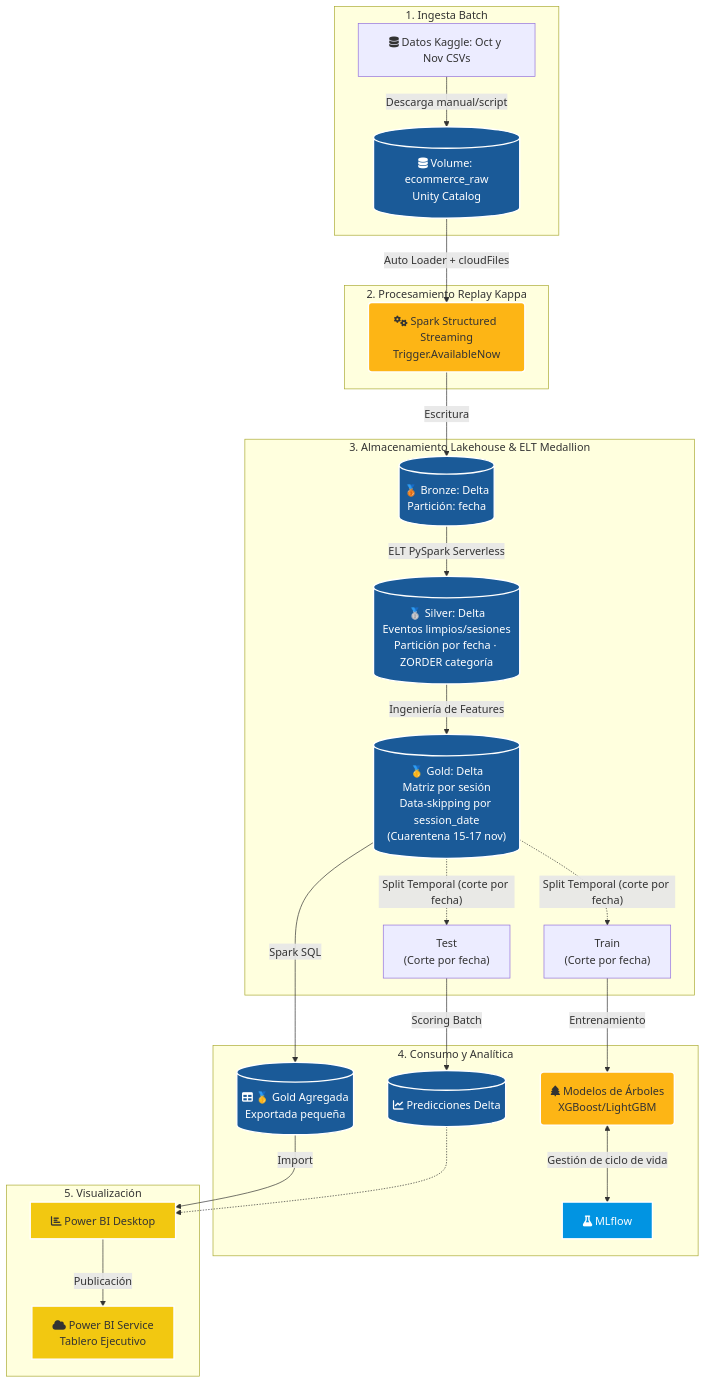
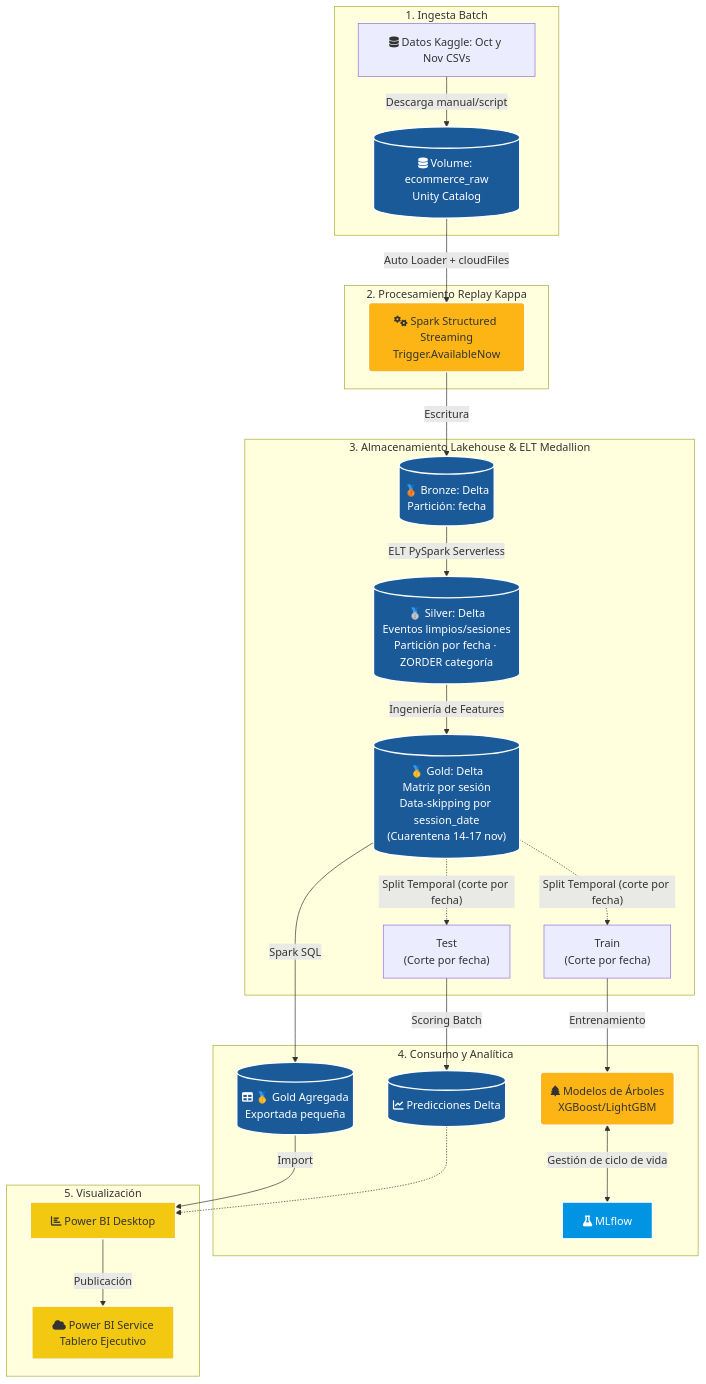
Before and after one commit to HeiderZapata/proyecto-integrador-g8: the first of 2 diagrams in docs/03_propuesta_corregida.md, drawn with Mermaid. The commit also changed 9 other files, not shown here.

````diff
--- a/docs/03_propuesta_corregida.md
+++ b/docs/03_propuesta_corregida.md
@@ -164,57 +164,57 @@
 ```mermaid
 flowchart TB
  subgraph subGraph0["1. Ingesta Batch"]
         B[("fa:fa-database Volume: ecommerce_raw<br>Unity Catalog")]
         A["fa:fa-database Datos Kaggle: Oct y Nov CSVs"]
   end
  subgraph subGraph1["2. Procesamiento Replay Kappa"]
         C("fa:fa-gears Spark Structured Streaming<br>Trigger.AvailableNow")
   end
  subgraph subGraph2["3. Almacenamiento Lakehouse & ELT Medallion"]
         D[("🥉 Bronze: Delta<br>Partición: fecha")]
         E[("🥈 Silver: Delta<br>Eventos limpios/sesiones<br>Partición por fecha · ZORDER categoría")]
-        F[("🥇 Gold: Delta<br>Matriz por sesión<br>Data-skipping por session_date<br>(Cuarentena 15-17 nov)")]
+        F[("🥇 Gold: Delta<br>Matriz por sesión<br>Data-skipping por session_date<br>(Cuarentena 14-17 nov)")]
         F1["Train<br>(Corte por fecha)"]
         F2["Test<br>(Corte por fecha)"]
   end
  subgraph subGraph3["4. Consumo y Analítica"]
         G("fa:fa-tree Modelos de Árboles<br>XGBoost/LightGBM")
         H["fa:fa-flask MLflow"]
         I[("fa:fa-chart-line Predicciones Delta")]
         J[("fa:fa-table 🥇 Gold Agregada<br>Exportada pequeña")]
   end
  subgraph subGraph4["5. Visualización"]
         K["fa:fa-chart-bar Power BI Desktop"]
         L["fa:fa-cloud Power BI Service<br>Tablero Ejecutivo"]
   end
     A -- Descarga manual/script --> B
     B -- Auto Loader + cloudFiles --> C
     C -- Escritura --> D
     D -- ELT PySpark Serverless --> E
     E -- Ingeniería de Features --> F
     F -. Split Temporal (corte por fecha) .-> F1 & F2
     F1 -- Entrenamiento --> G
     G <-- Gestión de ciclo de vida --> H
     F2 -- Scoring Batch --> I
     F -- Spark SQL --> J
     K -- Publicación --> L
     J -- Import --> K
     I -.-> K
 
      B:::storage
      C:::process
      D:::storage
      E:::storage
      F:::storage
      G:::process
      H:::mlflow
      I:::storage
      J:::storage
      K:::bi
      L:::bi
     classDef databricks fill:#FF3621,stroke:#fff,stroke-width:2px,color:#fff
     classDef storage fill:#1A5A98,stroke:#fff,stroke-width:2px,color:#fff
     classDef process fill:#FDB515,stroke:#fff,stroke-width:2px,color:#333
     classDef bi fill:#F2C811,stroke:#fff,stroke-width:2px,color:#333
     classDef mlflow fill:#0194E2,stroke:#fff,stroke-width:2px,color:#fff
 ```
````
